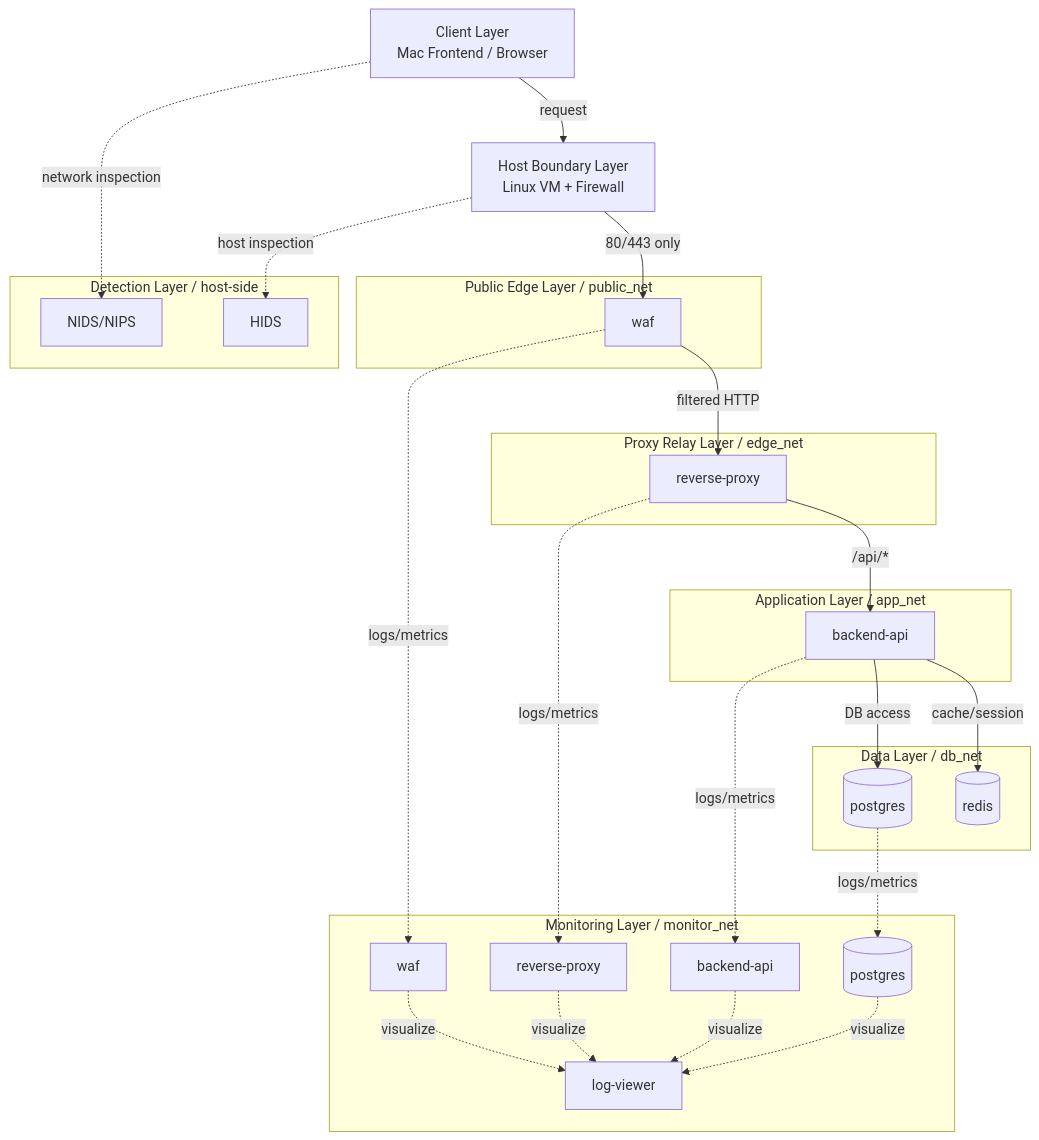
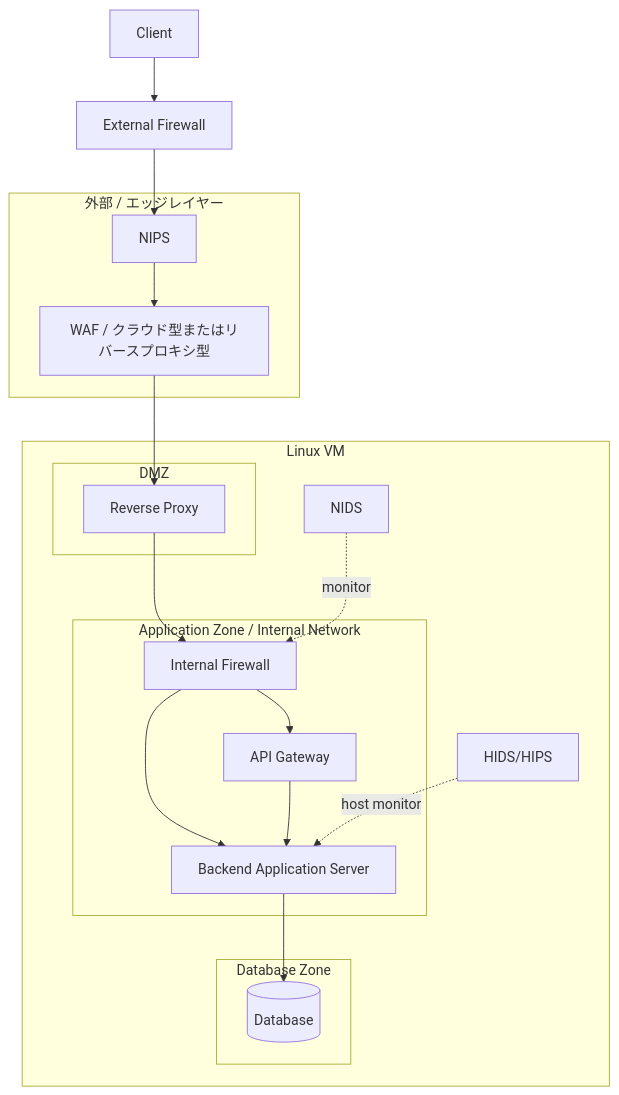
The diagram in README.md (Buchi-dev-dzn/WebProgramming-ActiveLearner), drawn with Mermaid before and after one commit. The commit also changed other lines of this file and 21 other files, not shown here.

Commit message:
Add external firewall layer

````diff
--- a/README.md
+++ b/README.md
@@ -104,53 +37,32 @@
 ```mermaid
-flowchart TB
-    internet[Client Layer<br/>Mac Frontend / Browser]
-    host[Host Boundary Layer<br/>Linux VM + Firewall]
+graph TD
+Client --> FW1[External Firewall]
+FW1 --> NIPS
 
-    subgraph public[Public Edge Layer / public_net]
-        waf2[waf]
-    end
+subgraph Cloud_or_Edge[外部 / エッジレイヤー]
+  NIPS --> WAF[WAF / クラウド型またはリバースプロキシ型]
+end
 
-    subgraph edge[Proxy Relay Layer / edge_net]
-        rp2[reverse-proxy]
-    end
+WAF --> RP[Reverse Proxy]
 
-    subgraph app[Application Layer / app_net]
-        be2[backend-api]
-    end
+subgraph Linux_VM[Linux VM]
+  subgraph DMZ
+    RP
+  end
 
-    subgraph data[Data Layer / db_net]
-        pg2[(postgres)]
-        rd2[(redis)]
-    end
+  RP --> FW2[Internal Firewall]
 
-    subgraph monitor[Monitoring Layer / monitor_net]
-        waf_mon[waf]
-        rp_mon[reverse-proxy]
-        be_mon[backend-api]
-        pg_mon[(postgres)]
-        gv2[log-viewer]
-    end
+  subgraph AppZone[Application Zone / Internal Network]
+    FW2 --> Back[Backend Application Server]
+    FW2 --> API[API Gateway]
+    API --> Back
+  end
 
-    subgraph detect[Detection Layer / host-side]
-        nids2[NIDS/NIPS]
-        hids2[HIDS]
-    end
+  subgraph DataZone[Database Zone]
+    Back --> DB[(Database)]
+  end
 
-    internet -->|request| host
-    host -->|80/443 only| waf2
-    waf2 -->|filtered HTTP| rp2
-    rp2 -->|/api/*| be2
-    be2 -->|DB access| pg2
-    be2 -->|cache/session| rd2
-
-    internet -. network inspection .-> nids2
-    host -. host inspection .-> hids2
-    waf2 -. logs/metrics .-> waf_mon
-    rp2 -. logs/metrics .-> rp_mon
-    be2 -. logs/metrics .-> be_mon
-    pg2 -. logs/metrics .-> pg_mon
-    waf_mon -. visualize .-> gv2
-    rp_mon -. visualize .-> gv2
-    be_mon -. visualize .-> gv2
-    pg_mon -. visualize .-> gv2
+  NIDS[NIDS] -.monitor.-> FW2
+  HIDS[HIDS/HIPS] -.host monitor.-> Back
+end
 ```
````
